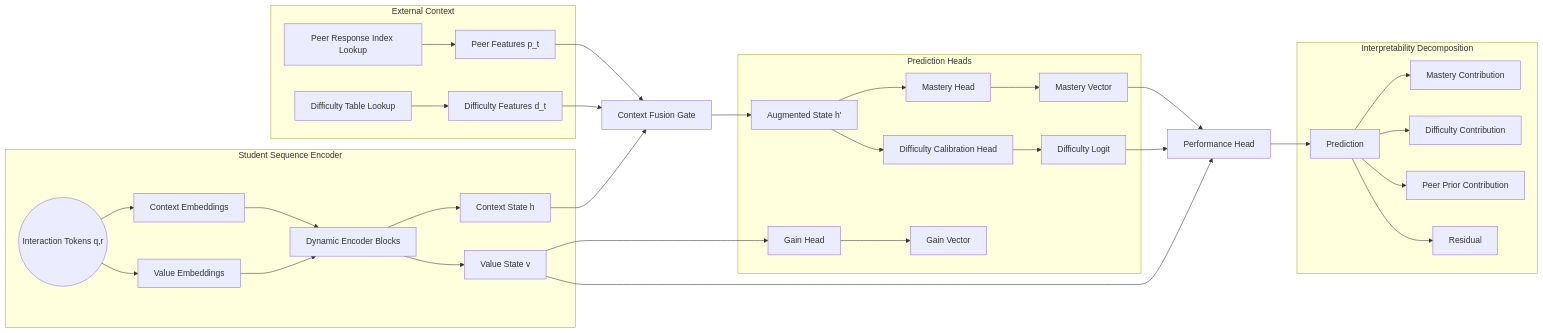
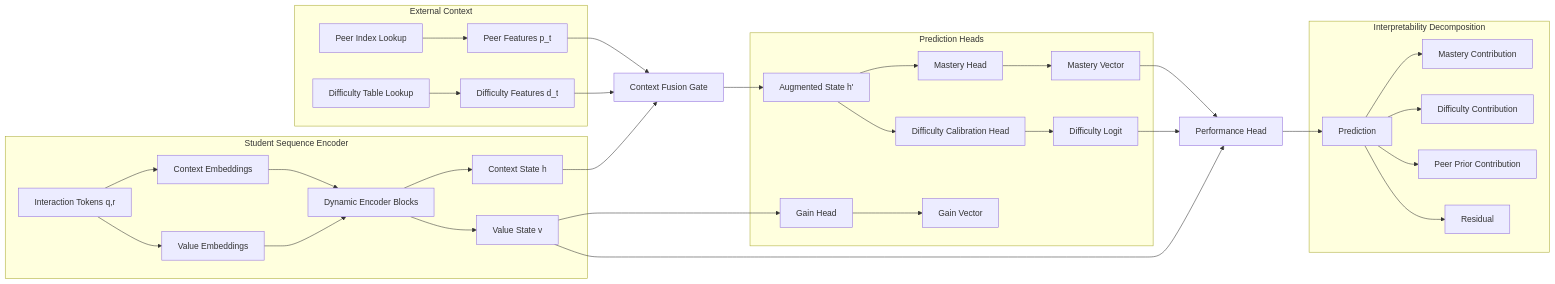
The first of 2 diagrams in assistant/gainakt3_architecture.md (clabra/pykt-toolkit), drawn with Mermaid before and after one commit. The commit also changed other lines of this file and 17 other files, not shown here.

````diff
--- a/assistant/gainakt3_architecture.md
+++ b/assistant/gainakt3_architecture.md
@@ -65,43 +65,42 @@
 ```mermaid
 flowchart LR
-  %% Subgraph syntax corrected: use id [label] to avoid parser errors on multi-word titles
   subgraph SSEQ[Student Sequence Encoder]
-    A((Interaction Tokens q,r)) --> B[Context Embeddings]
+    A[Interaction Tokens q,r] --> B[Context Embeddings]
     A --> C[Value Embeddings]
     B --> D[Dynamic Encoder Blocks]
     C --> D
     D --> H[Context State h]
     D --> I[Value State v]
   end
 
   subgraph EXT[External Context]
-    E1[Peer Response Index Lookup] --> F1[Peer Features p_t]
+    E1[Peer Index Lookup] --> F1[Peer Features p_t]
     E2[Difficulty Table Lookup] --> F2[Difficulty Features d_t]
   end
 
   F1 --> G[Context Fusion Gate]
   F2 --> G
   H --> G
   G --> J[Augmented State h']
 
   subgraph HEADS[Prediction Heads]
     J --> K1[Mastery Head]
     I --> K2[Gain Head]
     J --> K3[Difficulty Calibration Head]
     K1 --> L1[Mastery Vector]
     K2 --> L2[Gain Vector]
     K3 --> L3[Difficulty Logit]
   end
 
   L1 --> M[Performance Head]
   L3 --> M
   I --> M
   M --> O[Prediction]
 
   subgraph DECOMP[Interpretability Decomposition]
     O --> P1[Mastery Contribution]
     O --> P2[Difficulty Contribution]
     O --> P3[Peer Prior Contribution]
     O --> P4[Residual]
   end
 ```
````
